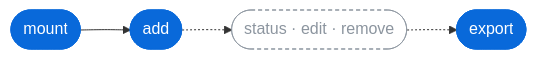
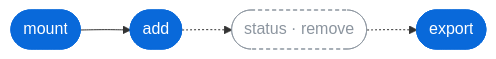
One commit to Kipras-Skeirys/apple-health-cli changed the diagram in README.md. Above: the diagram before and after it, drawn with Mermaid. The commit also changed other lines of this file, not shown here.

Commit message:
Add usage guide and update roadmap progress

````diff
--- a/README.md
+++ b/README.md
@@ -20,9 +20,9 @@
 ```mermaid
 flowchart LR
-    mount([mount]) --> add([add]) -.-> review([status · edit · remove]) -.-> export([export])
+    mount([mount]) --> add([add]) -.-> review([status · remove]) -.-> export([export])
 
     classDef core fill:#0969da,stroke:#0969da,color:#ffffff
     classDef optional fill:transparent,stroke:#8c959f,stroke-dasharray:4 3,color:#8c959f
     class mount,add,export core
     class review optional
 ```
````
